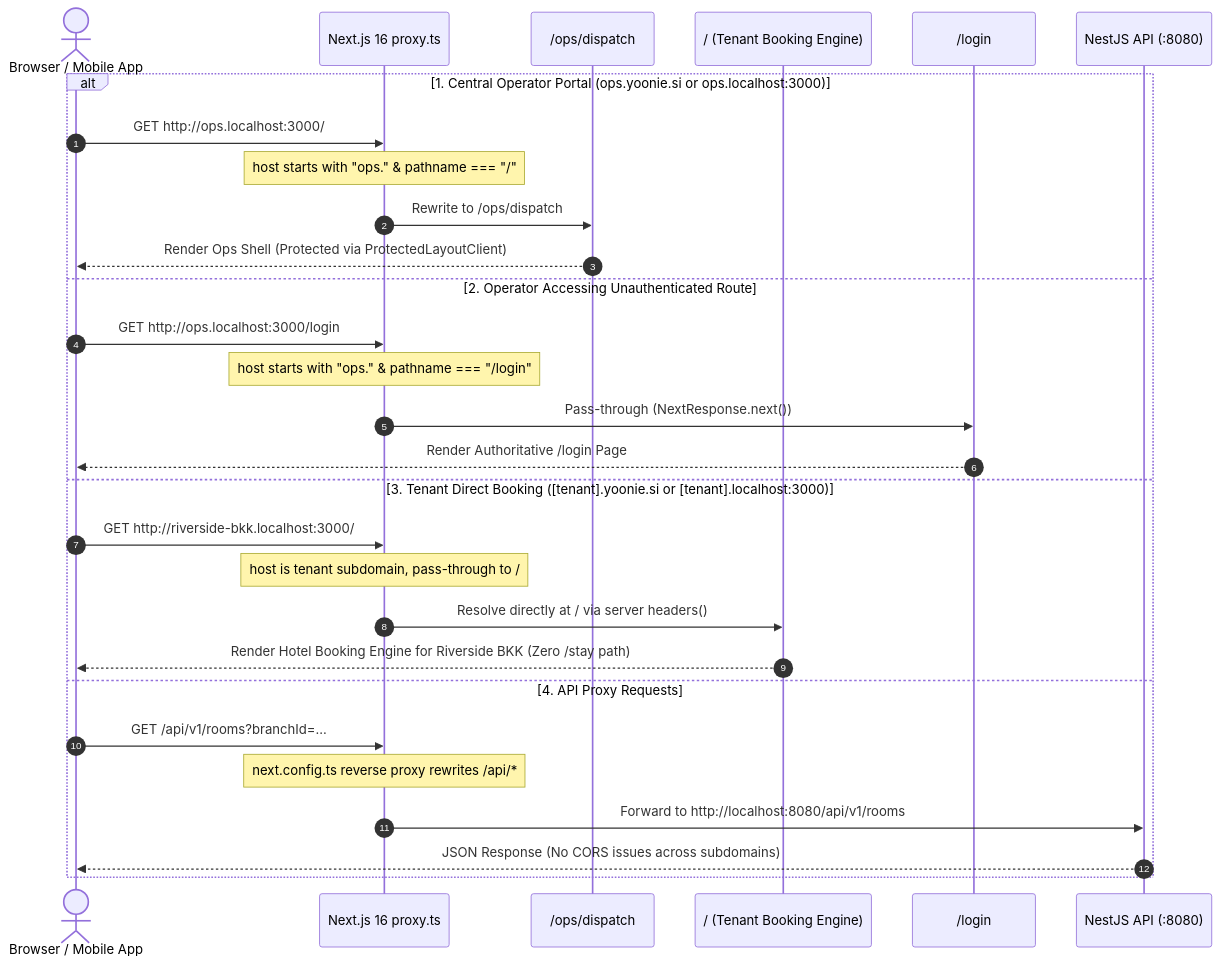
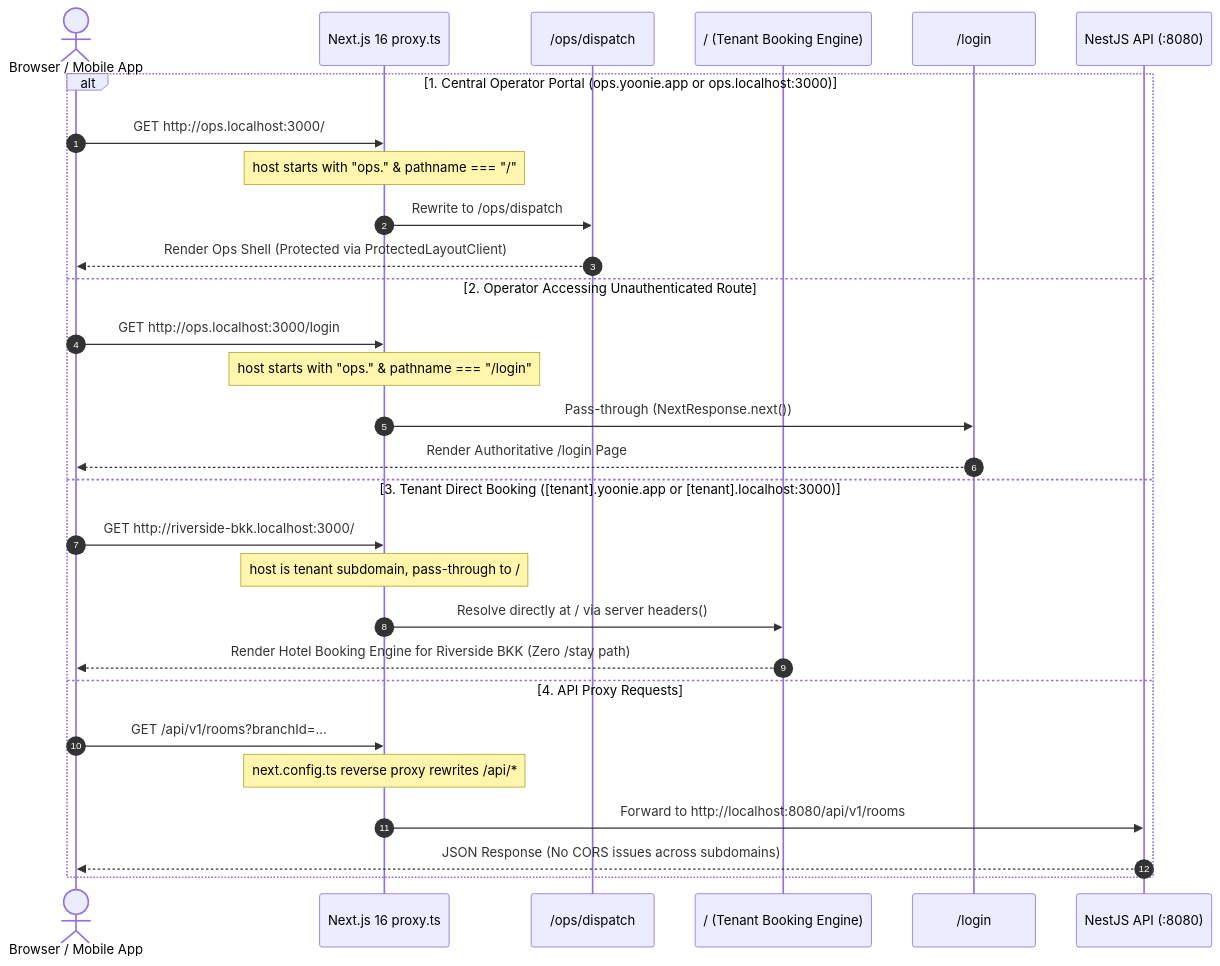
Before and after one commit to LynnT-2003/yoonie-frontend: the first of 7 diagrams in docs/SYSTEM_FLOWS.md, drawn with Mermaid. The commit also changed 8 other files, not shown here.

Commit message:
feat(onboarding): implement guided Apple design suite & tour wizard, mascot warnings, and yoonie.app domain alignment

````diff
--- a/docs/SYSTEM_FLOWS.md
+++ b/docs/SYSTEM_FLOWS.md
@@ -11,32 +11,32 @@
 ```mermaid
 sequenceDiagram
     autonumber
     actor Client as Browser / Mobile App
     participant Edge as Next.js 16 proxy.ts
     participant OpsPage as /ops/dispatch
     participant TenantPage as / (Tenant Booking Engine)
     participant LoginPage as /login
     participant Backend as NestJS API (:8080)
 
-    alt 1. Central Operator Portal (ops.yoonie.si or ops.localhost:3000)
+    alt 1. Central Operator Portal (ops.yoonie.app or ops.localhost:3000)
         Client->>Edge: GET http://ops.localhost:3000/
         Note over Edge: host starts with "ops." & pathname === "/"
         Edge->>OpsPage: Rewrite to /ops/dispatch
         OpsPage-->>Client: Render Ops Shell (Protected via ProtectedLayoutClient)
     else 2. Operator Accessing Unauthenticated Route
         Client->>Edge: GET http://ops.localhost:3000/login
         Note over Edge: host starts with "ops." & pathname === "/login"
         Edge->>LoginPage: Pass-through (NextResponse.next())
         LoginPage-->>Client: Render Authoritative /login Page
-    else 3. Tenant Direct Booking ([tenant].yoonie.si or [tenant].localhost:3000)
+    else 3. Tenant Direct Booking ([tenant].yoonie.app or [tenant].localhost:3000)
         Client->>Edge: GET http://riverside-bkk.localhost:3000/
         Note over Edge: host is tenant subdomain, pass-through to /
         Edge->>TenantPage: Resolve directly at / via server headers()
         TenantPage-->>Client: Render Hotel Booking Engine for Riverside BKK (Zero /stay path)
     else 4. API Proxy Requests
         Client->>Edge: GET /api/v1/rooms?branchId=...
         Note over Edge: next.config.ts reverse proxy rewrites /api/*
         Edge->>Backend: Forward to http://localhost:8080/api/v1/rooms
         Backend-->>Client: JSON Response (No CORS issues across subdomains)
     end
 ```
````
